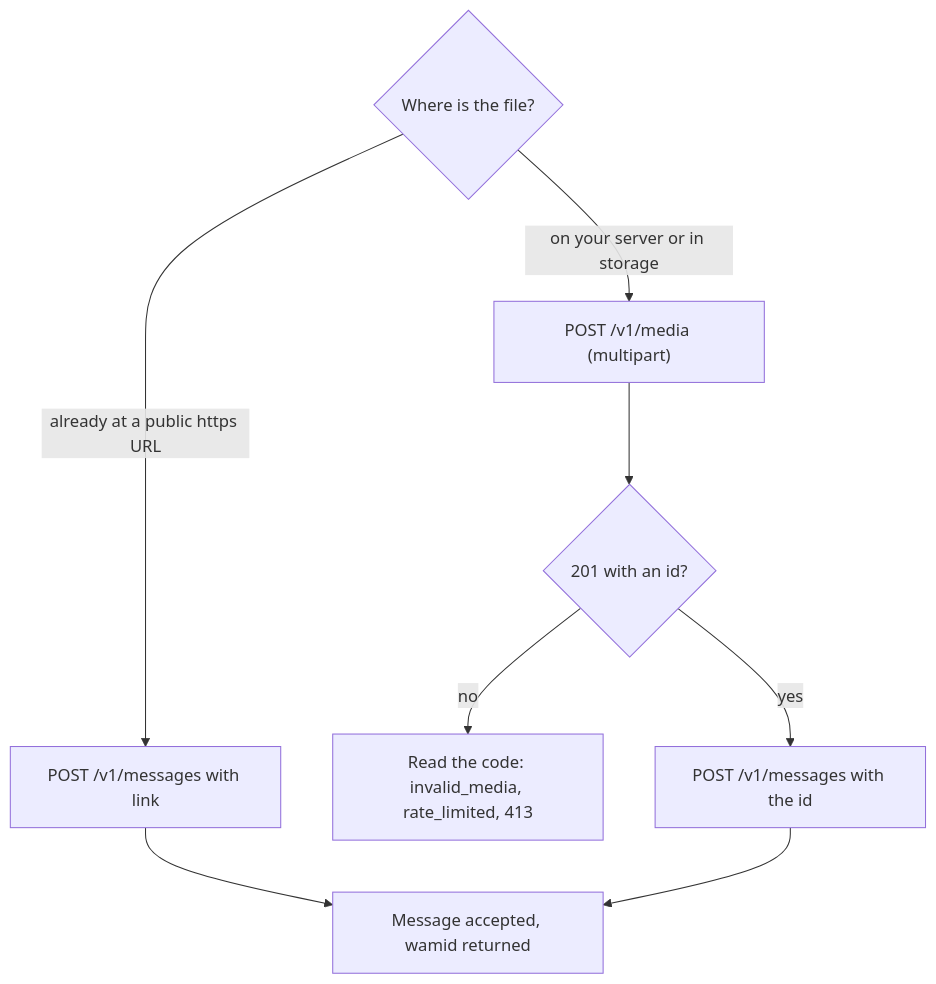
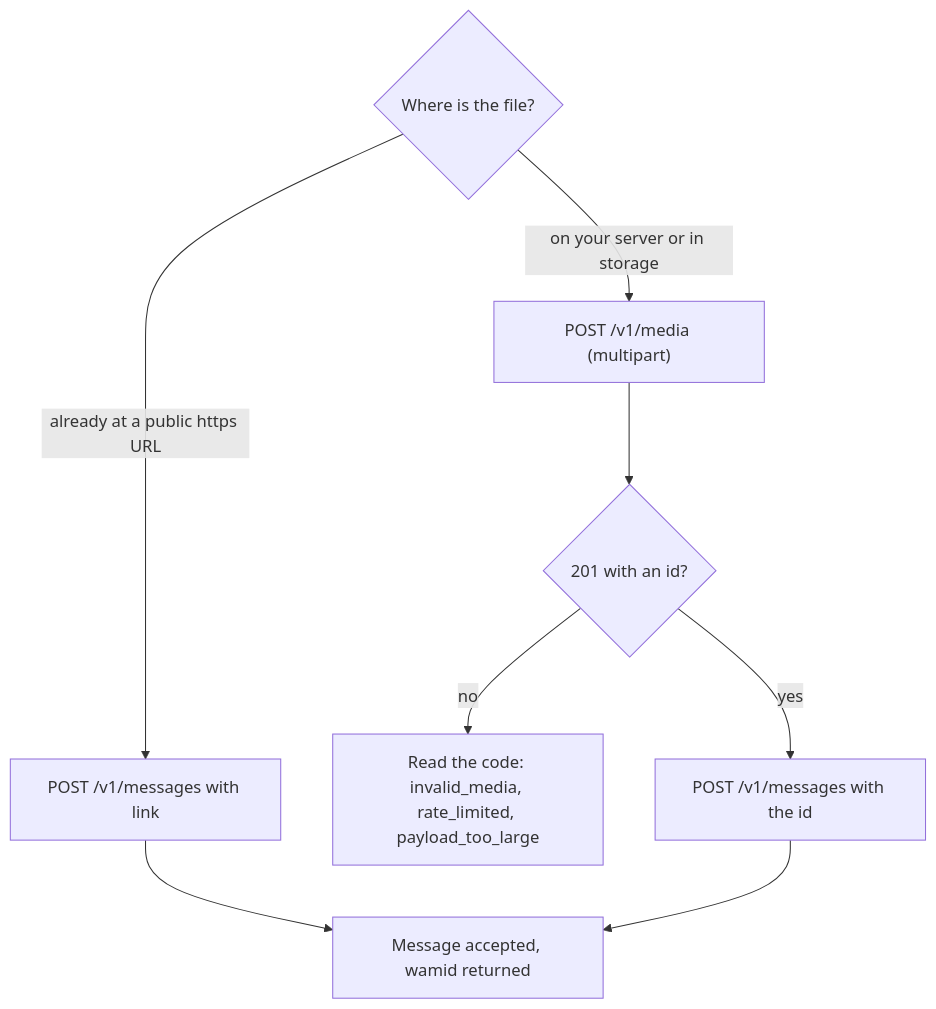
Diagram 14 of 14 in docs/user-flows.md (NayanthaNethsara/zephyr), drawn with Mermaid before and after one commit. The commit also changed other lines of this file and 8 other files, not shown here.

````diff
--- a/docs/user-flows.md
+++ b/docs/user-flows.md
@@ -296,10 +302,10 @@
 ```mermaid
 flowchart TD
     A{"Where is the file?"} -->|"already at a public https URL"| B["POST /v1/messages with link"]
     A -->|"on your server or in storage"| C["POST /v1/media (multipart)"]
     C --> D{"201 with an id?"}
-    D -->|"no"| E["Read the code: invalid_media, rate_limited, 413"]
+    D -->|"no"| E["Read the code: invalid_media, rate_limited, payload_too_large"]
     D -->|"yes"| F["POST /v1/messages with the id"]
     B --> G["Message accepted, wamid returned"]
     F --> G
 ```
````
